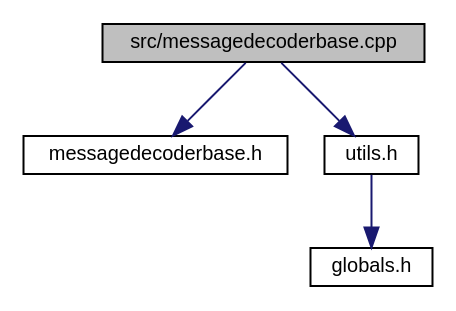
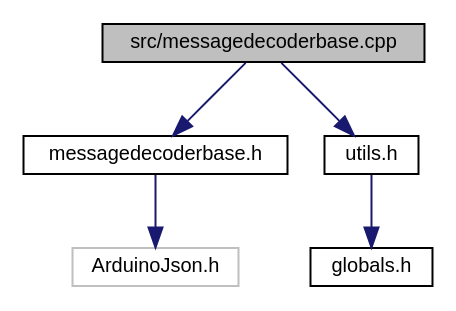
The diagram in messagedecoderbase_8cpp__incl.dot (fvolcic/fvolcic.github.io), drawn with Graphviz before and after one commit. The commit also changed 130 other files, not shown here.

```diff
--- a/messagedecoderbase_8cpp__incl.dot
+++ b/messagedecoderbase_8cpp__incl.dot
@@ -1,13 +1,15 @@
 digraph "src/messagedecoderbase.cpp"
 {
  // LATEX_PDF_SIZE
   edge [fontname="Helvetica",fontsize="10",labelfontname="Helvetica",labelfontsize="10"];
   node [fontname="Helvetica",fontsize="10",shape=record];
   Node1 [label="src/messagedecoderbase.cpp",height=0.2,width=0.4,color="black", fillcolor="grey75", style="filled", fontcolor="black",tooltip=" "];
   Node1 -> Node2 [color="midnightblue",fontsize="10",style="solid",fontname="Helvetica"];
   Node2 [label="messagedecoderbase.h",height=0.2,width=0.4,color="black", fillcolor="white", style="filled",URL="$messagedecoderbase_8h.html",tooltip="This file contains information regaurding the base class message parser."];
-  Node1 -> Node3 [color="midnightblue",fontsize="10",style="solid",fontname="Helvetica"];
-  Node3 [label="utils.h",height=0.2,width=0.4,color="black", fillcolor="white", style="filled",URL="$src_2utils_8h.html",tooltip="Provide some miscellaneous tools for use throughout the code."];
-  Node3 -> Node4 [color="midnightblue",fontsize="10",style="solid",fontname="Helvetica"];
-  Node4 [label="globals.h",height=0.2,width=0.4,color="black", fillcolor="white", style="filled",URL="$src_2globals_8h_source.html",tooltip=" "];
+  Node2 -> Node3 [color="midnightblue",fontsize="10",style="solid",fontname="Helvetica"];
+  Node3 [label="ArduinoJson.h",height=0.2,width=0.4,color="grey75", fillcolor="white", style="filled",tooltip=" "];
+  Node1 -> Node4 [color="midnightblue",fontsize="10",style="solid",fontname="Helvetica"];
+  Node4 [label="utils.h",height=0.2,width=0.4,color="black", fillcolor="white", style="filled",URL="$src_2utils_8h.html",tooltip="Provide some miscellaneous tools for use throughout the code."];
+  Node4 -> Node5 [color="midnightblue",fontsize="10",style="solid",fontname="Helvetica"];
+  Node5 [label="globals.h",height=0.2,width=0.4,color="black", fillcolor="white", style="filled",URL="$src_2globals_8h_source.html",tooltip=" "];
 }
```
